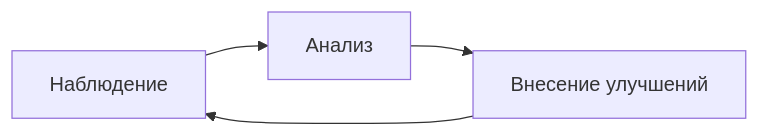
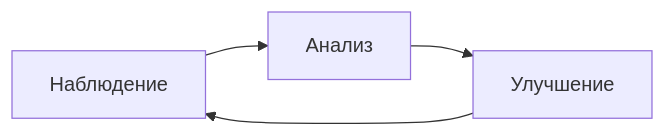
The third of 3 diagrams in README.md (prikotov/task-agents-playbook), drawn with Mermaid before and after one commit. The commit also changed other lines of this file and 1 other file, not shown here.

Commit message:
docs: improve wording in continuous improvement section for clarity and flow

````diff
--- a/README.md
+++ b/README.md
@@ -127,6 +127,6 @@
 ```mermaid
 flowchart LR
     A[Наблюдение] --> B[Анализ]
-    B --> C[Внесение улучшений]
+    B --> C[Улучшение]
     C --> A
 ```
````
